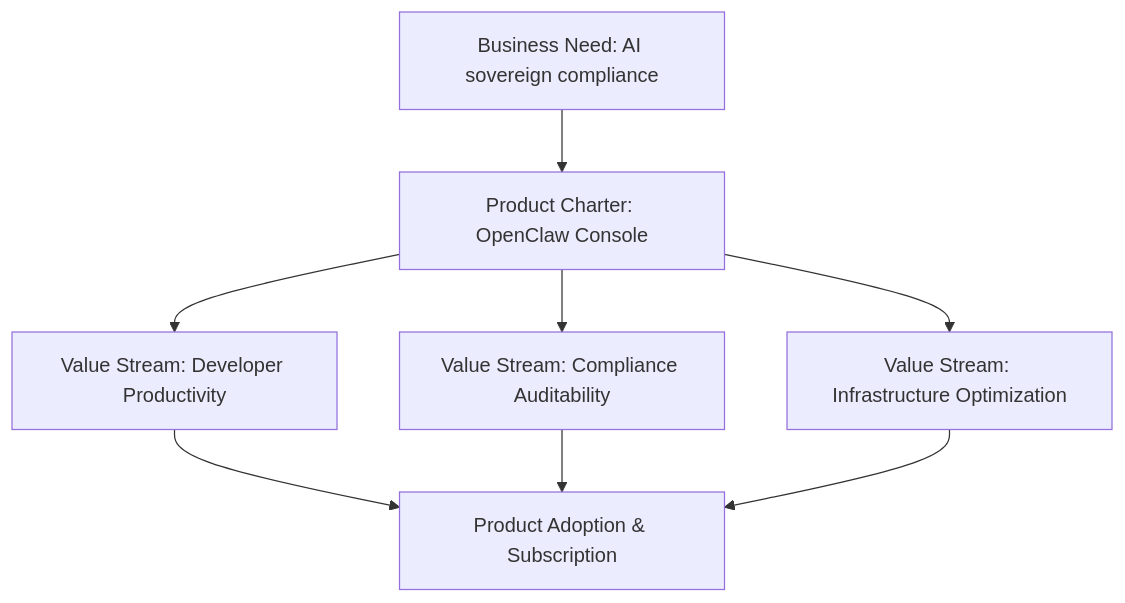
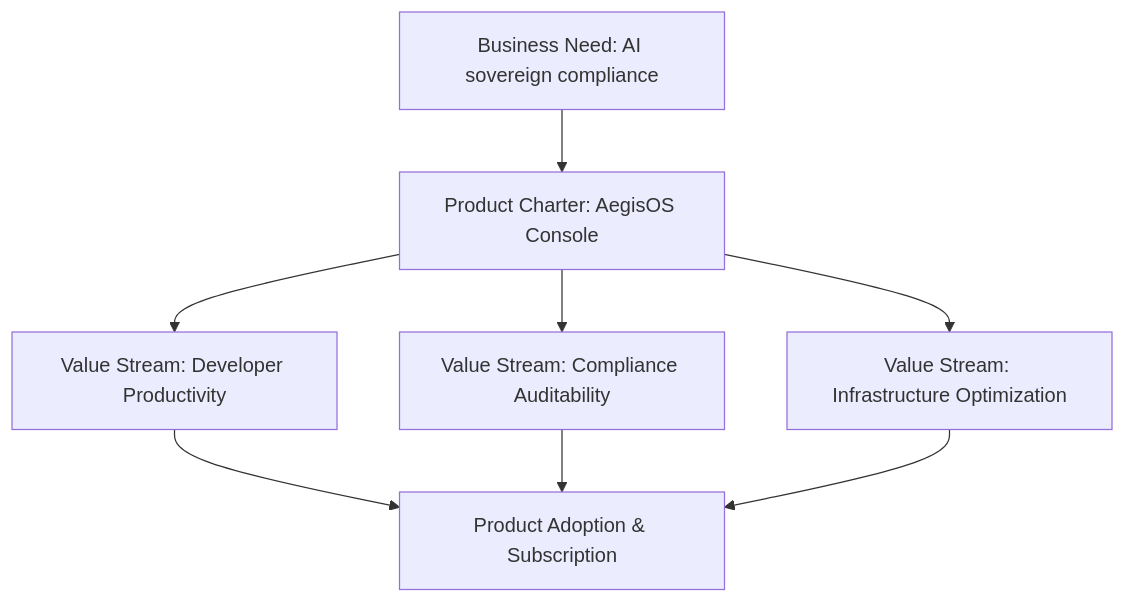
One commit to rjmad1/AegisOS changed the first of 2 diagrams in docs/enterprise/02_product_management.md. Above: the diagram before and after it, drawn with Mermaid. The commit also changed other lines of this file and 303 other files, not shown here.

Commit message:
refactor(branding): rename OpenClaw to AegisOS

````diff
--- a/docs/enterprise/02_product_management.md
+++ b/docs/enterprise/02_product_management.md
@@ -41,10 +41,10 @@
 ```mermaid
 graph TD
-    A[Business Need: AI sovereign compliance] --> B[Product Charter: OpenClaw Console]
+    A[Business Need: AI sovereign compliance] --> B[Product Charter: AegisOS Console]
     B --> C[Value Stream: Developer Productivity]
     B --> D[Value Stream: Compliance Auditability]
     B --> E[Value Stream: Infrastructure Optimization]
     C --> F[Product Adoption & Subscription]
     D --> F
     E --> F
 ```
````
